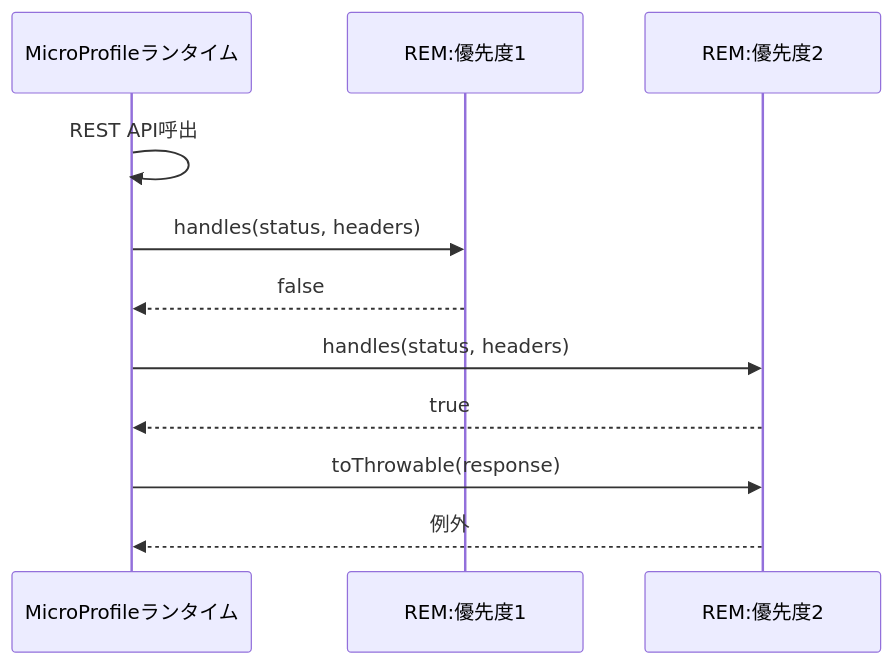
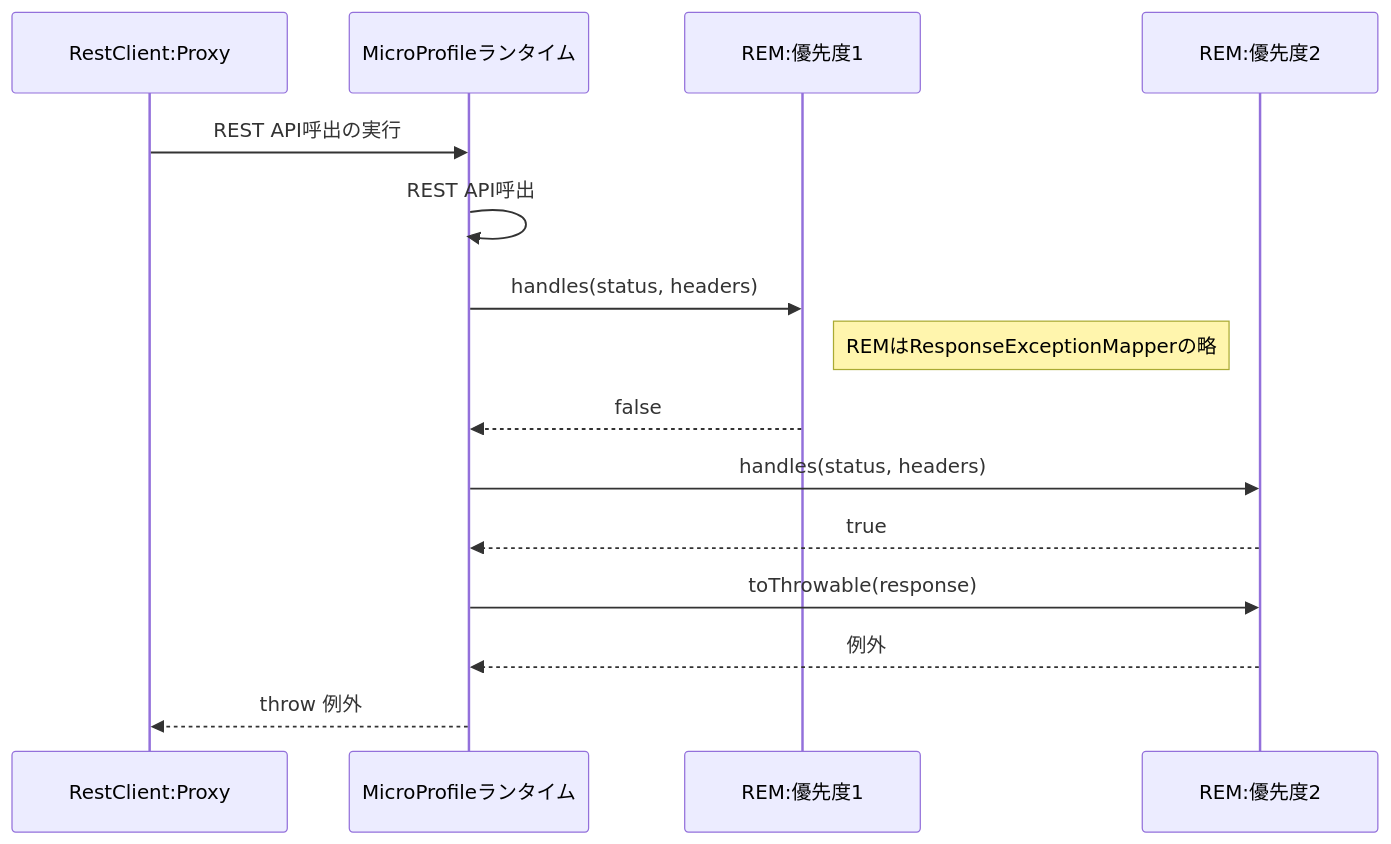
The second of 2 diagrams in src/posts/msa/microprofile/cntrn07-mp-restclient.md (mamezou-tech/mamezou-tech-site), drawn with Mermaid before and after one commit. The commit also changed other lines of this file, not shown here.

Commit message:
adjust sequence diagram

`````diff
--- a/src/posts/msa/microprofile/cntrn07-mp-restclient.md
+++ b/src/posts/msa/microprofile/cntrn07-mp-restclient.md
@@ -444,10 +444,13 @@
 ```mermaid
 sequenceDiagram
+    RestClient#058;Proxy->>MicroProfileランタイム: REST API呼出の実行
     MicroProfileランタイム->>MicroProfileランタイム: REST API呼出
     MicroProfileランタイム->>REM#058;優先度1: handles(status, headers)
+    Note right of REM#058;優先度1: REMはResponseExceptionMapperの略
     REM#058;優先度1-->>MicroProfileランタイム: false
     MicroProfileランタイム->>REM#058;優先度2: handles(status, headers)
     REM#058;優先度2-->>MicroProfileランタイム: true
     MicroProfileランタイム->>REM#058;優先度2: toThrowable(response)
     REM#058;優先度2-->>MicroProfileランタイム: 例外
+    MicroProfileランタイム-->>RestClient#058;Proxy: throw 例外
 ````
`````
